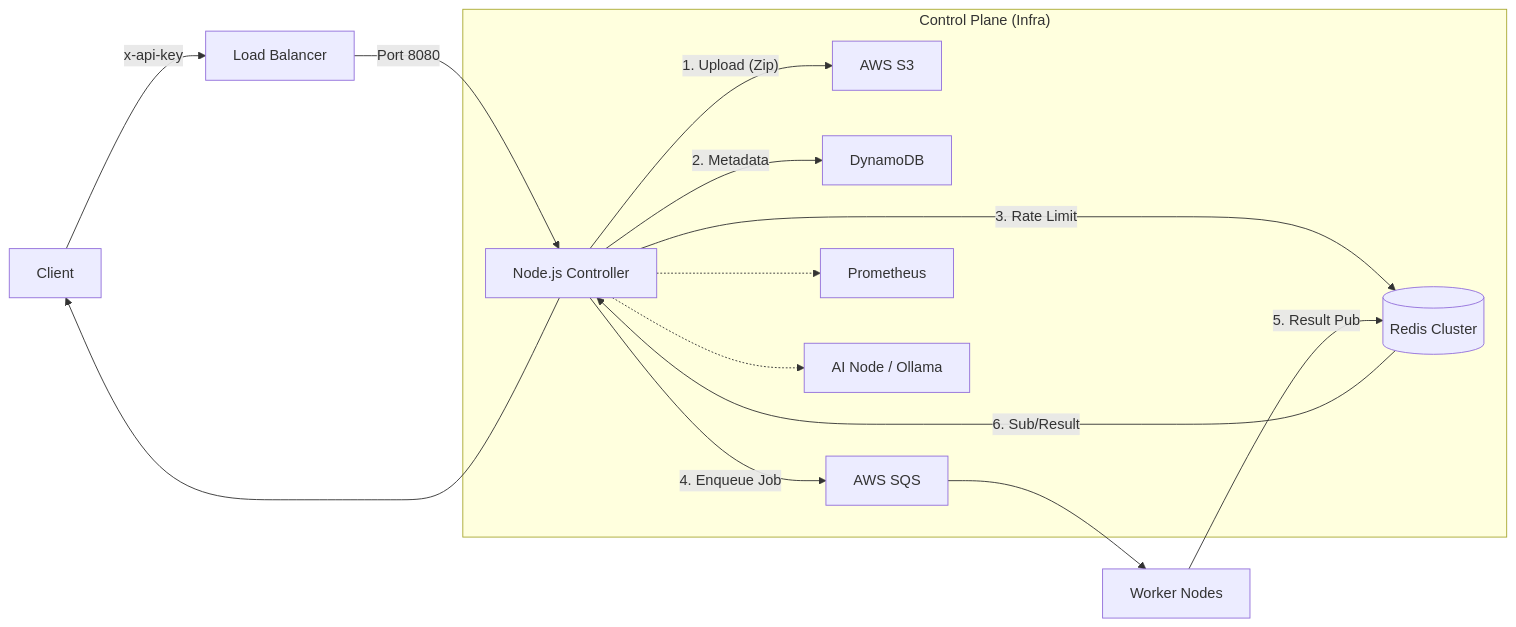
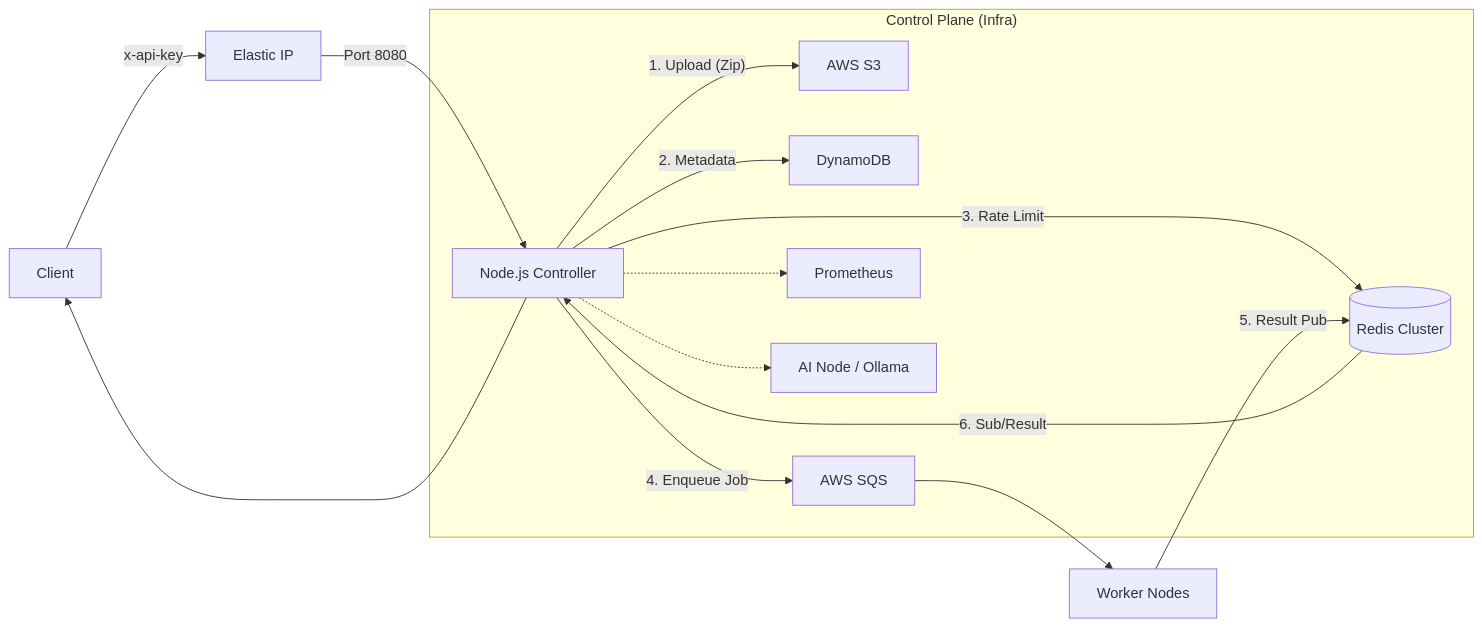
Before and after one commit to sangmu1126/FaaS-Platform: the diagram in Infra-controller/README.md, drawn with Mermaid. The commit also changed 4 other files, not shown here.

Commit message:
align architecture diagrams with Zero ALB strategy

````diff
--- a/Infra-controller/README.md
+++ b/Infra-controller/README.md
@@ -28,20 +28,20 @@
 ```mermaid
 graph LR
-    User[Client] -- "x-api-key" --> ALB[Load Balancer]
-    ALB -- Port 8080 --> Controller[Node.js Controller]
+    User[Client] -- "x-api-key" --> EIP[Elastic IP]
+    EIP -- Port 8080 --> Controller[Node.js Controller]
     
     subgraph "Control Plane (Infra)"
     Controller -- "1. Upload (Zip)" --> S3[AWS S3]
     Controller -- "2. Metadata" --> DDB[DynamoDB]
     Controller -- "3. Rate Limit" --> Redis[(Redis Cluster)]
     Controller -- "4. Enqueue Job" --> SQS[AWS SQS]
     
     Controller -.-> Prom[Prometheus]
     Controller -.-> AINode[AI Node / Ollama]
     end
 
     SQS --> Worker[Worker Nodes]
     Worker -- "5. Result Pub" --> Redis
     Redis -- "6. Sub/Result" --> Controller
     Controller --> User
 ```
````
